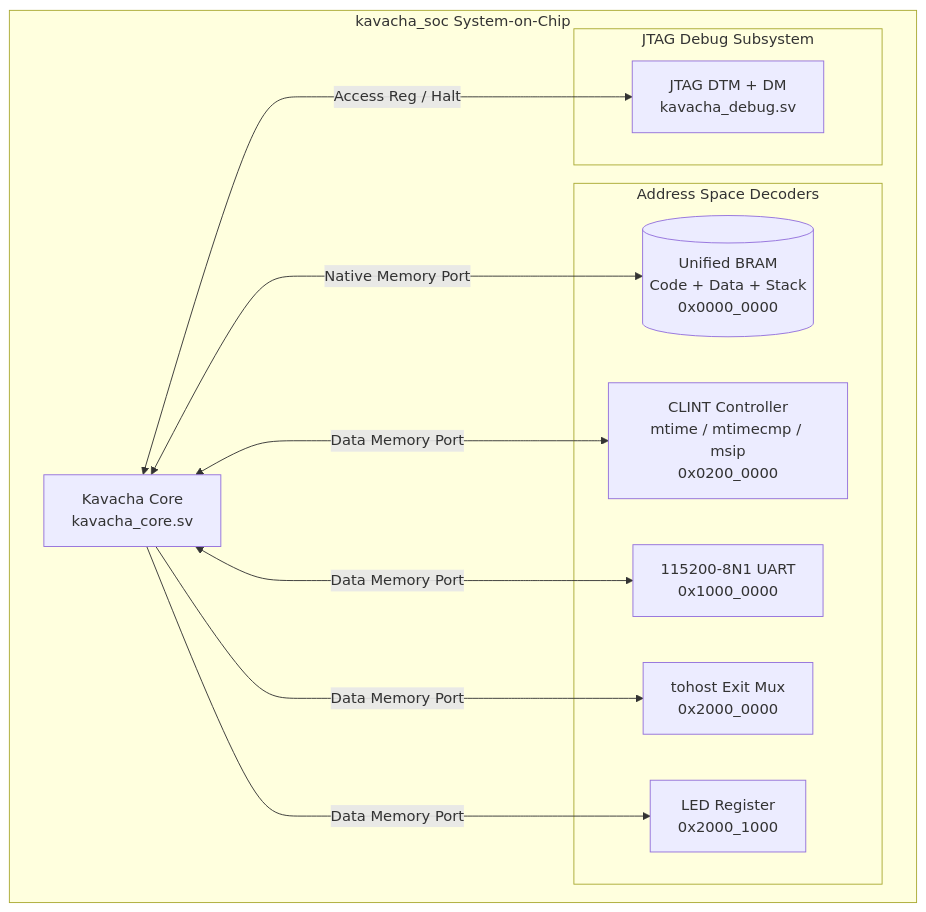
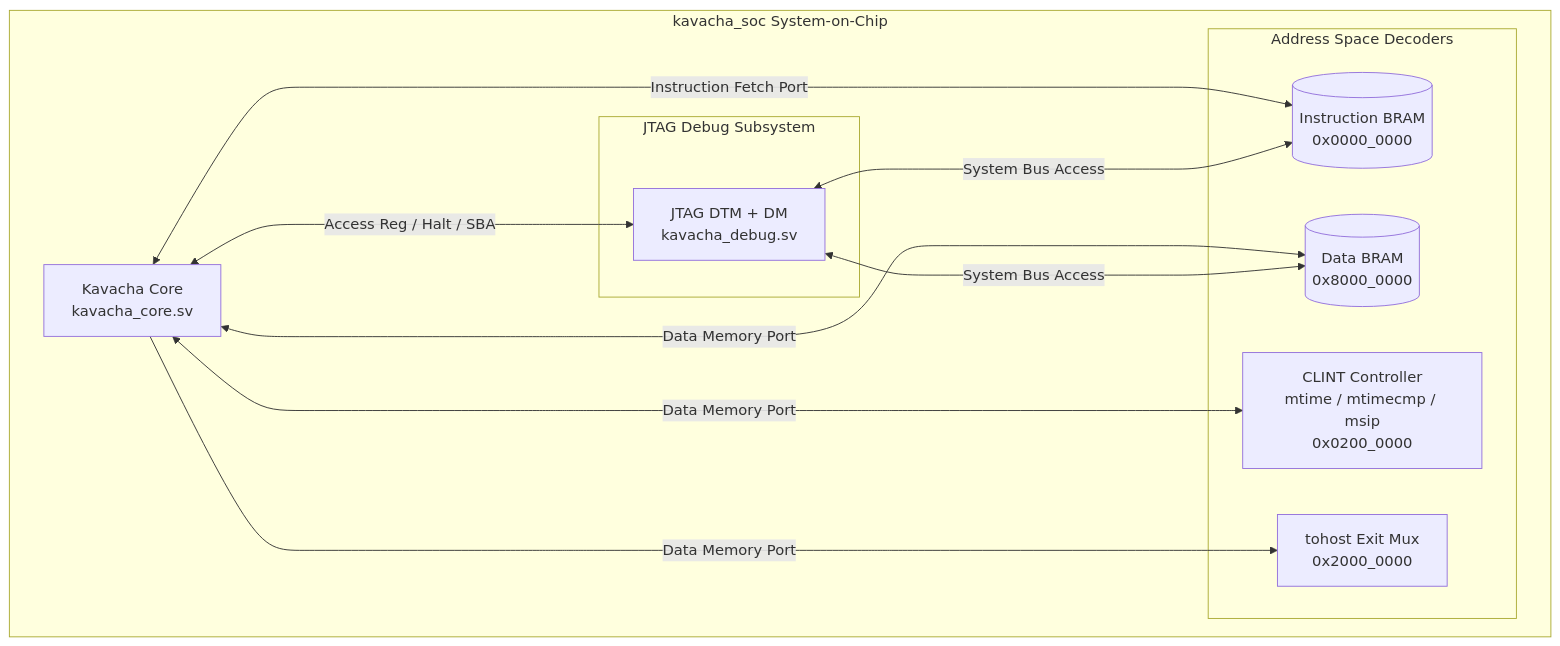
Before and after one commit to hex-7546/kavacha: the diagram in docs/integration/soc-top.md, drawn with Mermaid. The commit also changed other lines of this file and 8 other files, not shown here.

````diff
--- a/docs/integration/soc-top.md
+++ b/docs/integration/soc-top.md
@@ -9,25 +9,25 @@
 ```mermaid
 flowchart TB
-    subgraph SoC [kavacha_soc System-on-Chip]
+    subgraph SoC ["kavacha_soc System-on-Chip"]
         CORE[Kavacha Core<br/>kavacha_core.sv]
         
         subgraph Memory_Map [Address Space Decoders]
-            RAM[(Unified BRAM<br/>Code + Data + Stack<br/>0x0000_0000)]
+            IMEM[(Instruction BRAM<br/>0x0000_0000)]
+            DRAM[(Data BRAM<br/>0x8000_0000)]
             CLINT[CLINT Controller<br/>mtime / mtimecmp / msip<br/>0x0200_0000]
-            UART[115200-8N1 UART<br/>0x1000_0000]
             TOHOST[tohost Exit Mux<br/>0x2000_0000]
-            LEDS[LED Register<br/>0x2000_1000]
         end
         
         subgraph Debug_Subsystem [JTAG Debug Subsystem]
             JTAG[JTAG DTM + DM<br/>kavacha_debug.sv]
         end
     end
     
-    CORE <---->|Native Memory Port| RAM
+    CORE <---->|Instruction Fetch Port| IMEM
+    CORE <---->|Data Memory Port| DRAM
     CORE <---->|Data Memory Port| CLINT
-    CORE <---->|Data Memory Port| UART
     CORE -->|Data Memory Port| TOHOST
-    CORE -->|Data Memory Port| LEDS
-    CORE <---->|Access Reg / Halt| JTAG
+    CORE <---->|Access Reg / Halt / SBA| JTAG
+    JTAG <---->|System Bus Access| IMEM
+    JTAG <---->|System Bus Access| DRAM
 ```
````
